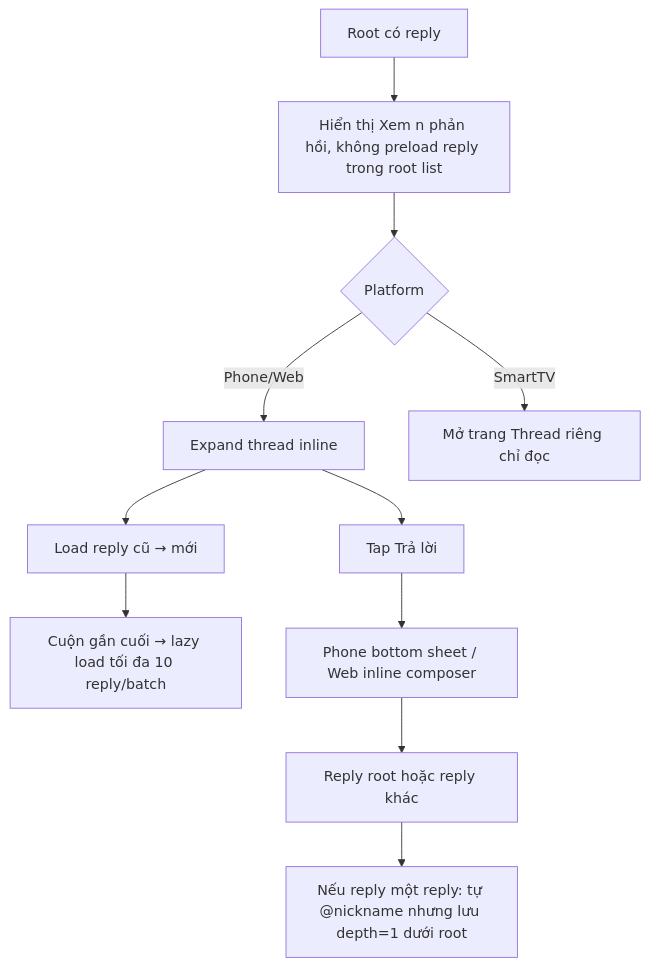
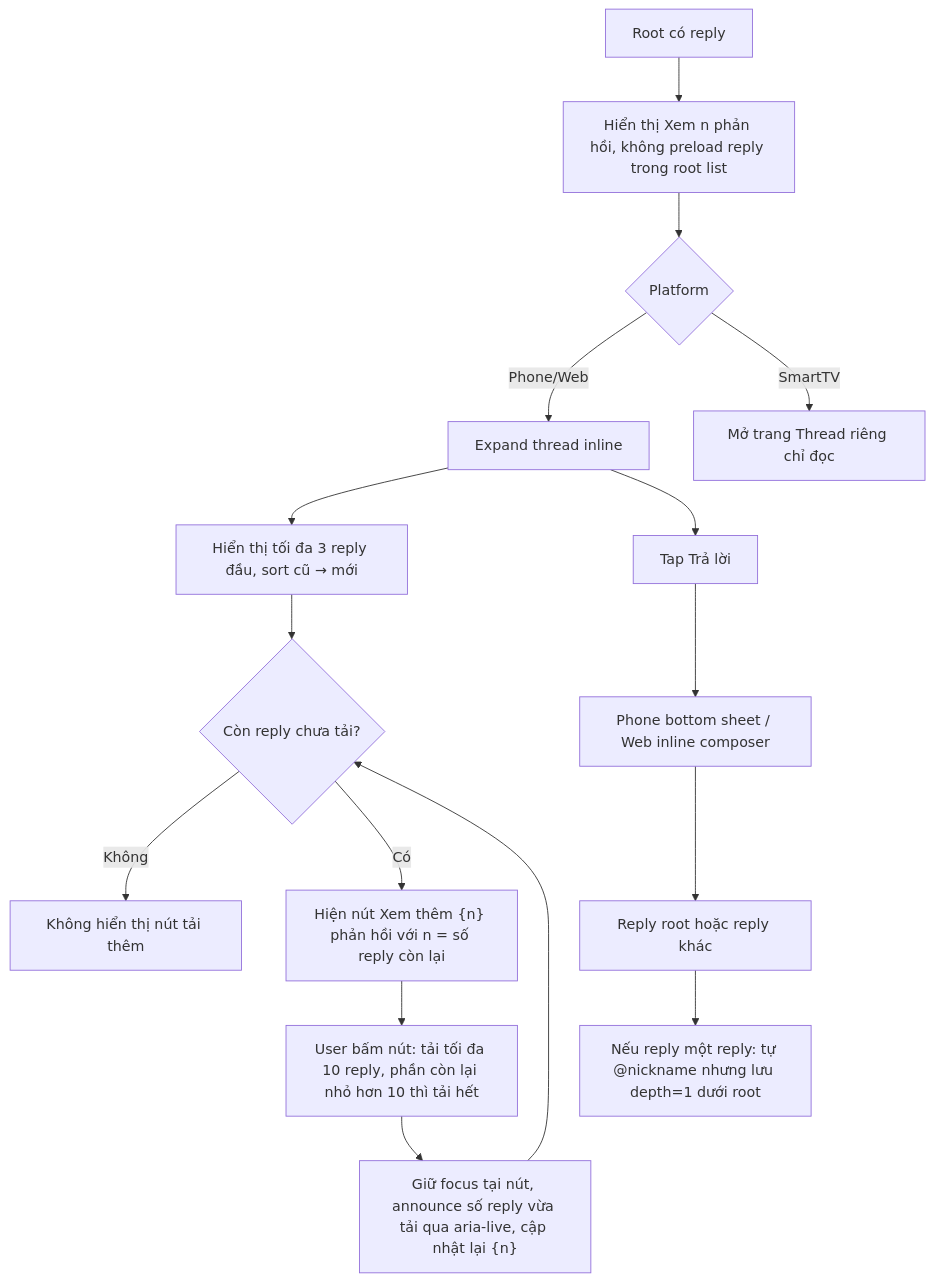
Before and after one commit to TanUIUX/MyTV-Comment: the diagram in EP02_TUONG_TAC_CONG_DONG/US08_USER_FLOW.md, drawn with Mermaid. The commit also changed other lines of this file and 15 other files, not shown here.

````diff
--- a/EP02_TUONG_TAC_CONG_DONG/US08_USER_FLOW.md
+++ b/EP02_TUONG_TAC_CONG_DONG/US08_USER_FLOW.md
@@ -7,13 +7,18 @@
 ```mermaid
 flowchart TD
- A[Root có reply] --> B[Hiển thị Xem n phản hồi, không preload reply trong root list]
- B --> C{Platform}
- C -->|Phone/Web| D[Expand thread inline]
- C -->|SmartTV| E[Mở trang Thread riêng chỉ đọc]
- D --> F[Load reply cũ → mới]
- F --> G[Cuộn gần cuối → lazy load tối đa 10 reply/batch]
- D --> H[Tap Trả lời]
- H --> I[Phone bottom sheet / Web inline composer]
- I --> J[Reply root hoặc reply khác]
- J --> K[Nếu reply một reply: tự @nickname nhưng lưu depth=1 dưới root]
+ A["Root có reply"] --> B["Hiển thị Xem n phản hồi, không preload reply trong root list"]
+ B --> C{"Platform"}
+ C -->|Phone/Web| D["Expand thread inline"]
+ C -->|SmartTV| E["Mở trang Thread riêng chỉ đọc"]
+ D --> F["Hiển thị tối đa 3 reply đầu, sort cũ → mới"]
+ F --> G{"Còn reply chưa tải?"}
+ G -->|"Không"| G1["Không hiển thị nút tải thêm"]
+ G -->|"Có"| H["Hiện nút Xem thêm {n} phản hồi với n = số reply còn lại"]
+ H --> I["User bấm nút: tải tối đa 10 reply, phần còn lại nhỏ hơn 10 thì tải hết"]
+ I --> J["Giữ focus tại nút, announce số reply vừa tải qua aria-live, cập nhật lại {n}"]
+ J --> G
+ D --> K["Tap Trả lời"]
+ K --> L["Phone bottom sheet / Web inline composer"]
+ L --> M["Reply root hoặc reply khác"]
+ M --> N["Nếu reply một reply: tự @nickname nhưng lưu depth=1 dưới root"]
 ```
````
